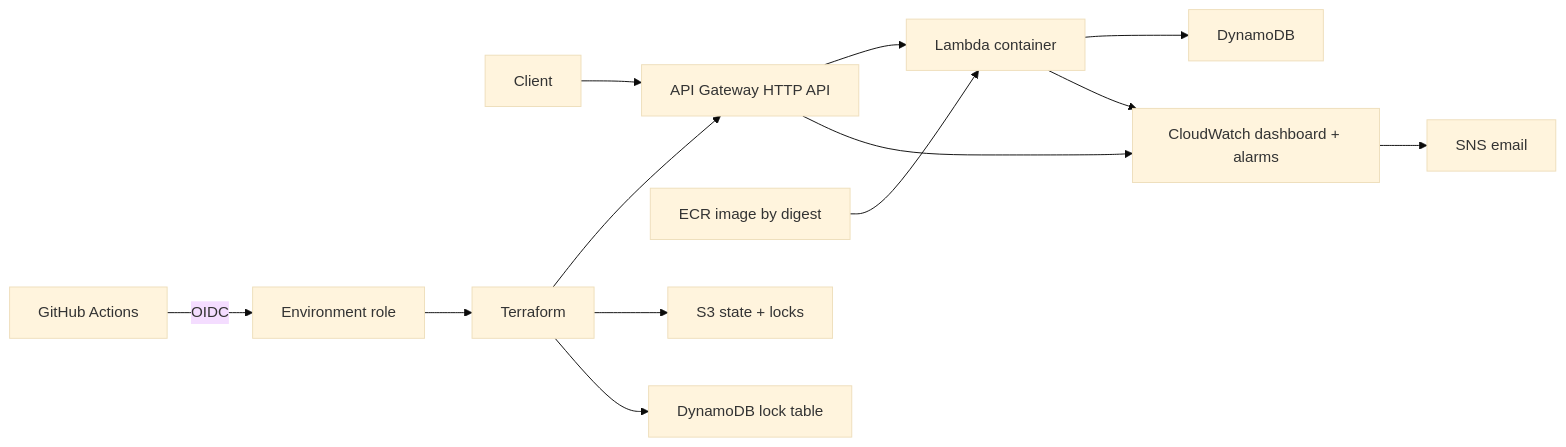
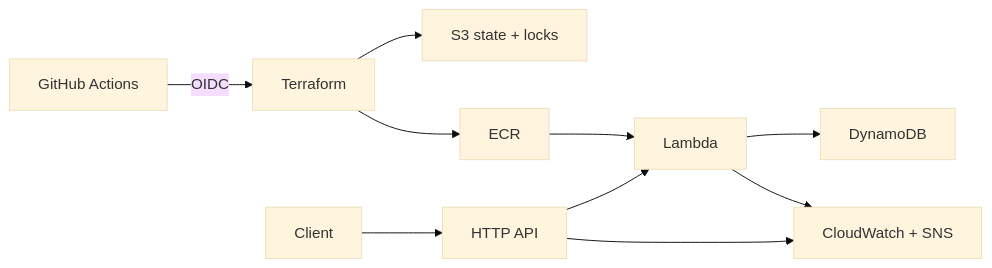
Before and after one commit to iamnajib71/aws-cloud-deploy: the diagram in README.md, drawn with Mermaid (base theme). The commit also changed other lines of this file and 18 other files, not shown here.

````diff
--- a/README.md
+++ b/README.md
@@ -47,15 +78,12 @@
 ```mermaid
 flowchart LR
-  Client --> HTTP[API Gateway HTTP API]
-  HTTP --> Lambda[Lambda container]
+  GitHub[GitHub Actions] -->|OIDC| Terraform
+  Terraform --> State[S3 state + locks]
+  Terraform --> ECR
+  ECR --> Lambda
+  Client --> API[HTTP API]
+  API --> Lambda
   Lambda --> DB[DynamoDB]
-  ECR[ECR image by digest] --> Lambda
-  GH[GitHub Actions] -->|OIDC| IAM[Environment role]
-  IAM --> TF[Terraform]
-  TF --> HTTP
-  TF --> S3[S3 state + locks]
-  TF --> Lock[DynamoDB lock table]
-  HTTP --> CW[CloudWatch dashboard + alarms]
-  Lambda --> CW
-  CW --> SNS[SNS email]
+  API --> Monitor[CloudWatch + SNS]
+  Lambda --> Monitor
 ```
````
